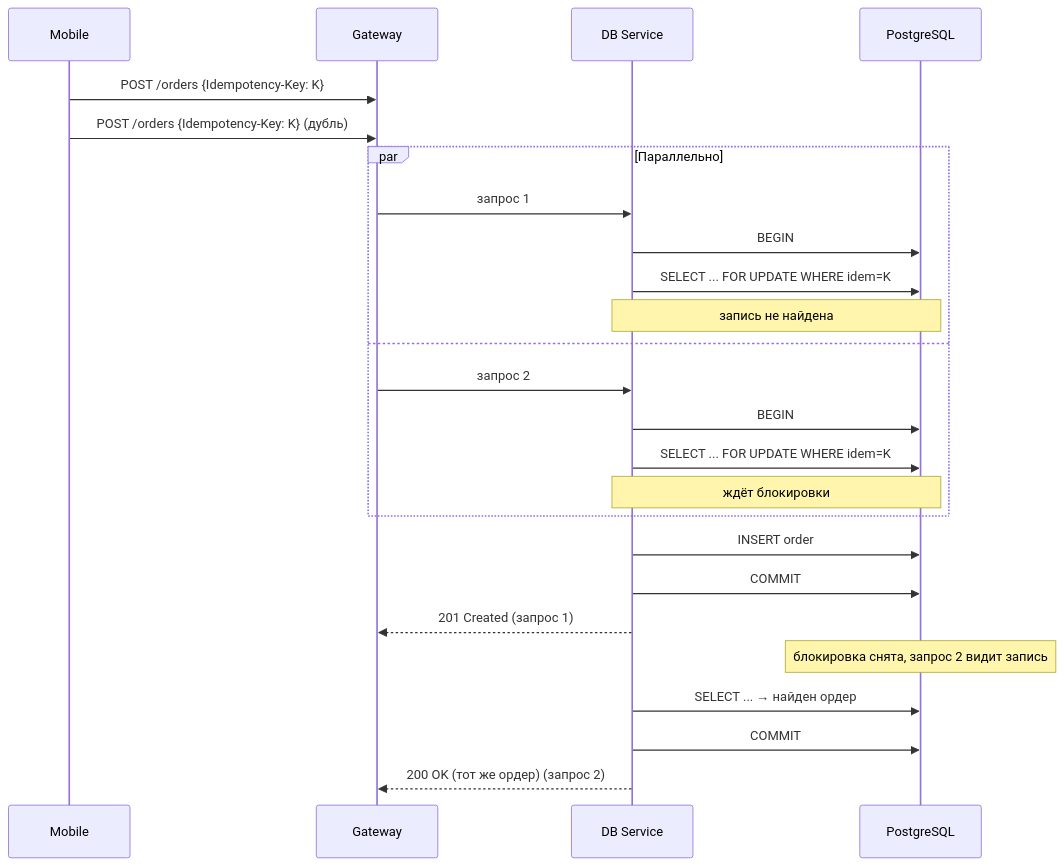
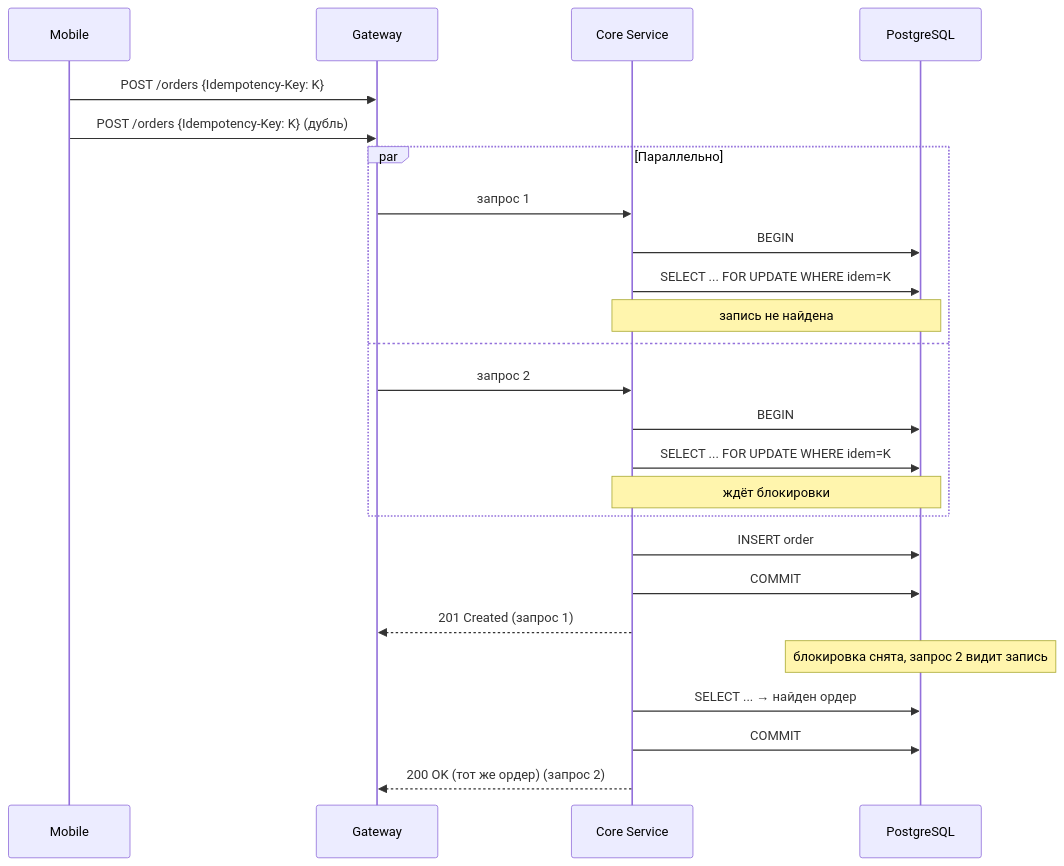
One commit to r4m63/Stockyard changed the second of 2 diagrams in docs/architecture/07-consistency.md. Above: the diagram before and after it, drawn with Mermaid. The commit also changed 26 other files, not shown here.

First line of the commit message:
docs(arch): add storage operations, ADRs 007-009, rename DB Service to Core Service

````diff
--- a/docs/architecture/07-consistency.md
+++ b/docs/architecture/07-consistency.md
@@ -198,30 +198,30 @@
 ```mermaid
 sequenceDiagram
     participant M as Mobile
     participant G as Gateway
-    participant D as DB Service
+    participant D as Core Service
     participant P as PostgreSQL
 
     M ->> G: POST /orders {Idempotency-Key: K}
     M ->> G: POST /orders {Idempotency-Key: K} (дубль)
 
     par Параллельно
         G ->> D: запрос 1
         D ->> P: BEGIN
         D ->> P: SELECT ... FOR UPDATE WHERE idem=K
         Note over D,P: запись не найдена
     and
         G ->> D: запрос 2
         D ->> P: BEGIN
         D ->> P: SELECT ... FOR UPDATE WHERE idem=K
         Note over D,P: ждёт блокировки
     end
 
     D ->> P: INSERT order
     D ->> P: COMMIT
     D -->> G: 201 Created (запрос 1)
     Note over P: блокировка снята, запрос 2 видит запись
     D ->> P: SELECT ... → найден ордер
     D ->> P: COMMIT
     D -->> G: 200 OK (тот же ордер) (запрос 2)
 ```
````
